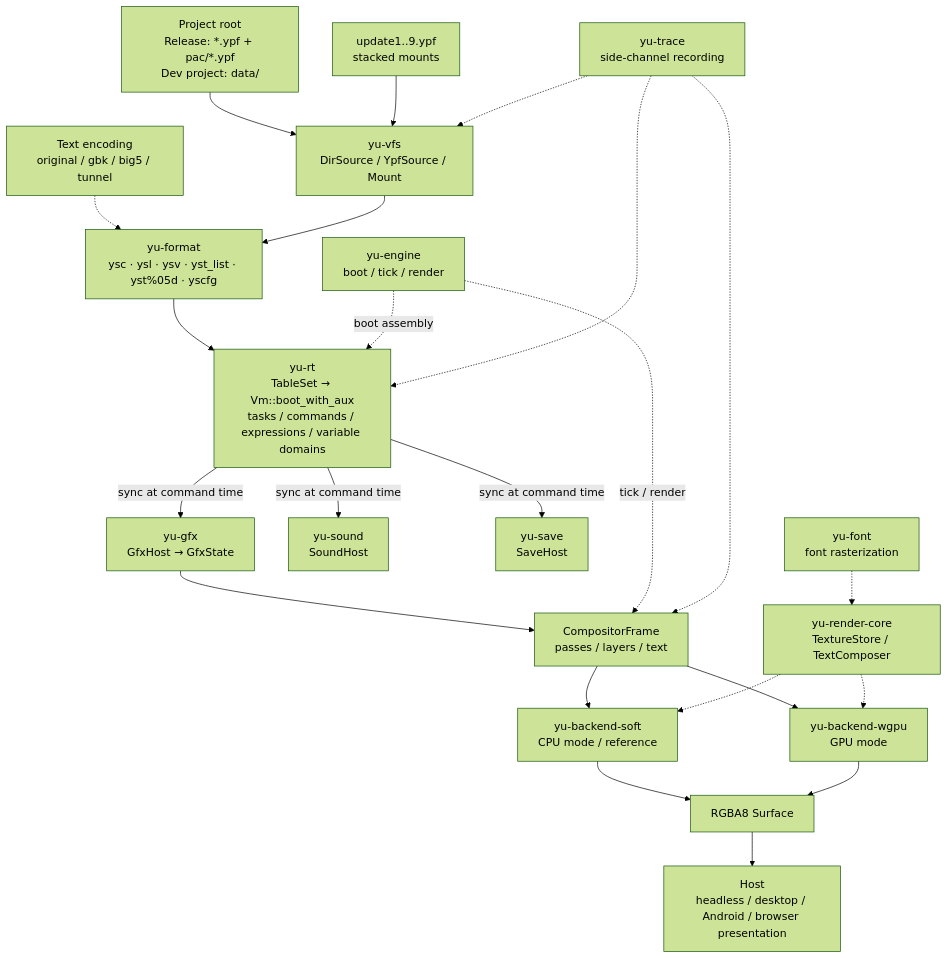
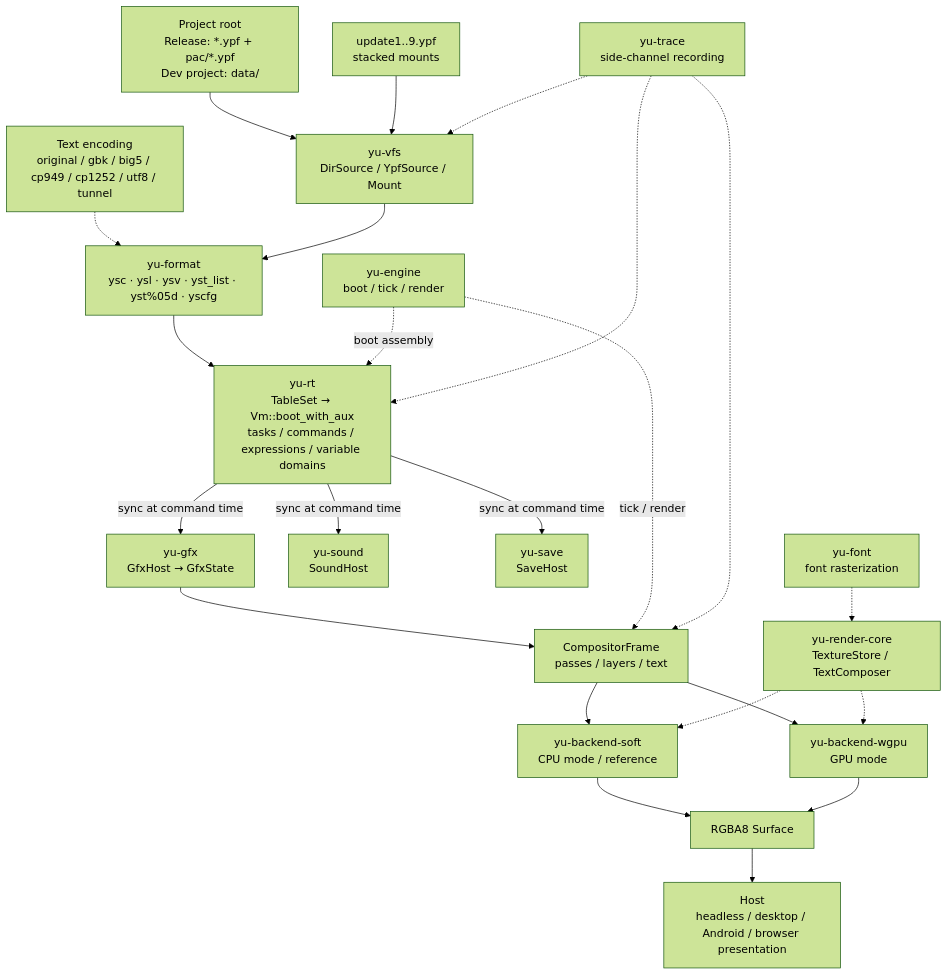
Before and after one commit to NotFaceGUI/yuris-kernel: the diagram in README.en.md, drawn with Mermaid (forest theme). The commit also changed other lines of this file and 3 other files, not shown here.

````diff
--- a/README.en.md
+++ b/README.en.md
@@ -263,43 +266,43 @@
 ```mermaid
 flowchart TD
     PROJ["Project root<br/>Release: *.ypf + pac/*.ypf<br/>Dev project: data/"]
     UPD["update1..9.ypf<br/>stacked mounts"]
-    PATCH["Text encoding<br/>original / gbk / big5 / tunnel"]
+    PATCH["Text encoding<br/>original / gbk / big5 / cp949 / cp1252 / utf8 / tunnel"]
     VFS["yu-vfs<br/>DirSource / YpfSource / Mount"]
     FMT["yu-format<br/>ysc · ysl · ysv · yst_list · yst%05d · yscfg"]
     RT["yu-rt<br/>TableSet → Vm::boot_with_aux<br/>tasks / commands / expressions / variable domains"]
     GFX["yu-gfx<br/>GfxHost → GfxState"]
     SND["yu-sound<br/>SoundHost"]
     SAV["yu-save<br/>SaveHost"]
     CF["CompositorFrame<br/>passes / layers / text"]
     CORE["yu-render-core<br/>TextureStore / TextComposer"]
     FONT["yu-font<br/>font rasterization"]
     SOFT["yu-backend-soft<br/>CPU mode / reference"]
     WGPU["yu-backend-wgpu<br/>GPU mode"]
     SURF["RGBA8 Surface"]
     HOST["Host<br/>headless / desktop / Android / browser presentation"]
     ENG["yu-engine<br/>boot / tick / render"]
     TRACE["yu-trace<br/>side-channel recording"]
 
     PROJ --> VFS
     UPD --> VFS
     PATCH -.-> FMT
     VFS --> FMT --> RT
     RT -->|"sync at command time"| GFX
     RT -->|"sync at command time"| SND
     RT -->|"sync at command time"| SAV
     GFX --> CF
     CF --> SOFT
     CF --> WGPU
     FONT -.-> CORE
     CORE -.-> SOFT
     CORE -.-> WGPU
     SOFT --> SURF
     WGPU --> SURF
     SURF --> HOST
     ENG -.->|"boot assembly"| RT
     ENG -.->|"tick / render"| CF
     TRACE -.-> VFS
     TRACE -.-> RT
     TRACE -.-> CF
 ```
````
